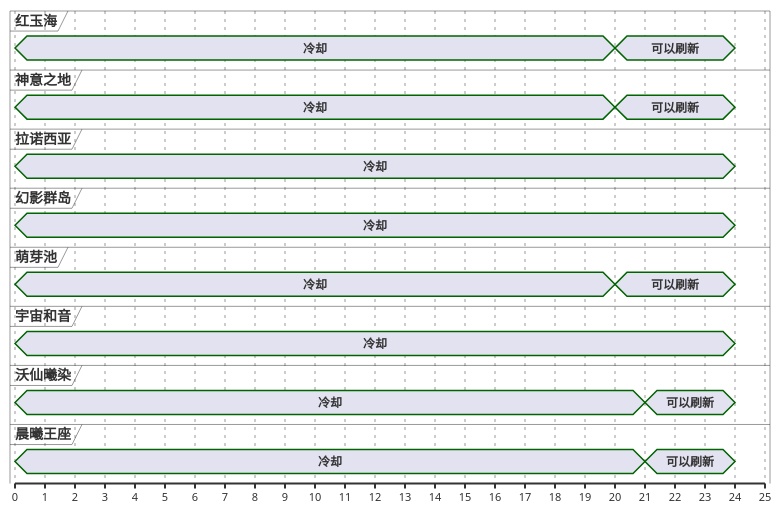
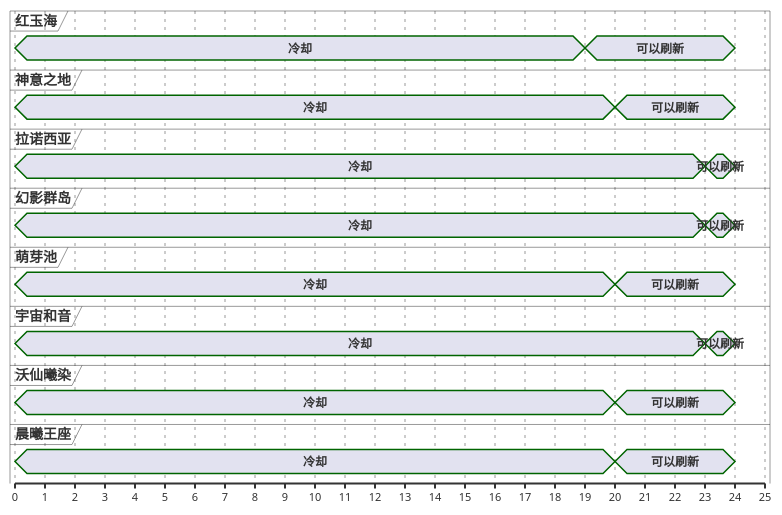
Before and after one commit to Eroleice/doc-pi: the first of 13 diagrams in ffxiv/hunt/2.0/Chernobog.md, drawn with PlantUML. The commit also changed other lines of this file and 38 other files, not shown here.

````diff
--- a/ffxiv/hunt/2.0/Chernobog.md
+++ b/ffxiv/hunt/2.0/Chernobog.md
@@ -33,52 +33,55 @@
 ```plantuml
 @startuml
 scale 1 as 30 pixels
 
 concise 红玉海
 concise 神意之地
 concise 拉诺西亚
 concise 幻影群岛
 concise 萌芽池
 concise 宇宙和音
 concise 沃仙曦染
 concise 晨曦王座
 
 @红玉海
 0 is 冷却
-20 is 可以刷新
+19 is 可以刷新
 24 is {hidden}
 
 @萌芽池
 0 is 冷却
 20 is 可以刷新
 24 is {hidden}
 
 @神意之地
 0 is 冷却
 20 is 可以刷新
 24 is {hidden}
 
 @沃仙曦染
 0 is 冷却
-21 is 可以刷新
+20 is 可以刷新
 24 is {hidden}
 
 @晨曦王座
 0 is 冷却
-21 is 可以刷新
+20 is 可以刷新
 24 is {hidden}
 
 @拉诺西亚
 0 is 冷却
+23 is 可以刷新
 24 is {hidden}
 
 @幻影群岛
 0 is 冷却
+23 is 可以刷新
 24 is {hidden}
 
 @宇宙和音
 0 is 冷却
+23 is 可以刷新
 24 is {hidden}
 
 @enduml
 ```
````
